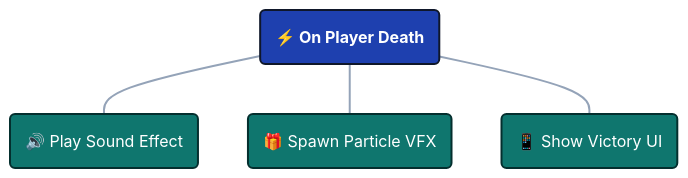
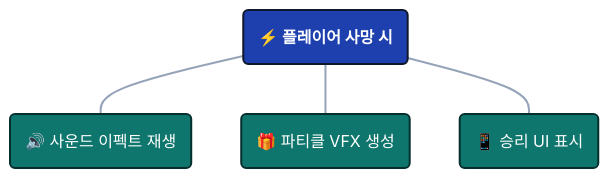
The first of 3 diagrams in i18n/ko/docusaurus-plugin-content-docs/current/game-event-system/flow-graph/game-event-node-connector.md (tinygiants-tech/TinyGiants), drawn with Mermaid before and after one commit. The commit also changed other lines of this file and 81 other files, not shown here.

````diff
--- a/i18n/ko/docusaurus-plugin-content-docs/current/game-event-system/flow-graph/game-event-node-connector.md
+++ b/i18n/ko/docusaurus-plugin-content-docs/current/game-event-system/flow-graph/game-event-node-connector.md
@@ -48,18 +48,18 @@
 ```mermaid
 graph TD
 
     classDef event fill:#1e40af,stroke:#0f172a,stroke-width:2px,color:#ffffff,font-weight:bold
     classDef sideEffect fill:#0f766e,stroke:#042f2e,stroke-width:2px,color:#ffffff
     
-    A("⚡ On Player Death"):::event
+    A("⚡ 플레이어 사망 시"):::event
     
-    B("🔊 Play Sound Effect"):::sideEffect
-    C("🎁 Spawn Particle VFX"):::sideEffect
-    D("📱 Show Victory UI"):::sideEffect
+    B("🔊 사운드 이펙트 재생"):::sideEffect
+    C("🎁 파티클 VFX 생성"):::sideEffect
+    D("📱 승리 UI 표시"):::sideEffect
 
     A --- B
     A --- C
     A --- D
 
     linkStyle default stroke:#94a3b8,stroke-width:2px
 ```
````
